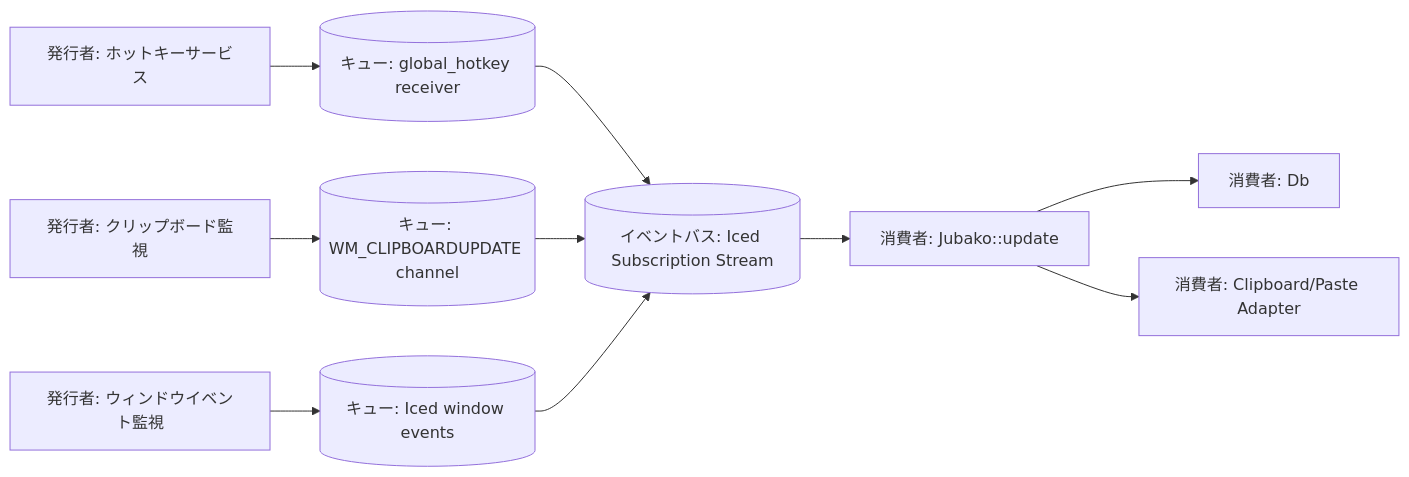
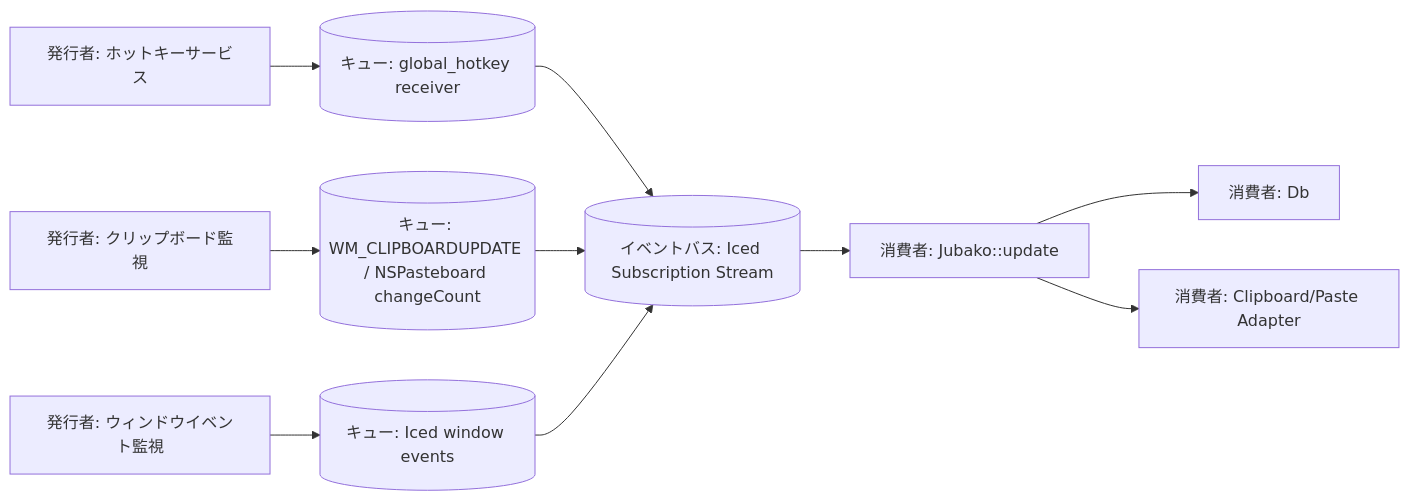
One commit to puuuii/Jubako changed the diagram in docs/architecture/04_behaviors/event-flows.md. Above: the diagram before and after it, drawn with Mermaid. The commit also changed other lines of this file and 25 other files, not shown here.

````diff
--- a/docs/architecture/04_behaviors/event-flows.md
+++ b/docs/architecture/04_behaviors/event-flows.md
@@ -9,23 +9,23 @@
 ```mermaid
 flowchart LR
     HotkeySvc[発行者: ホットキーサービス]
     ClipboardSvc[発行者: クリップボード監視]
     WindowSvc[発行者: ウィンドウイベント監視]
 
     HotkeyQ[(キュー: global_hotkey receiver)]
-    ClipboardQ[(キュー: WM_CLIPBOARDUPDATE channel)]
+    ClipboardQ[(キュー: WM_CLIPBOARDUPDATE / NSPasteboard changeCount)]
     WindowQ[(キュー: Iced window events)]
 
     EventBus[(イベントバス: Iced Subscription Stream)]
     Reducer[消費者: Jubako::update]
     Db[消費者: Db]
     ClipboardOut[消費者: Clipboard/Paste Adapter]
 
     HotkeySvc --> HotkeyQ --> EventBus
     ClipboardSvc --> ClipboardQ --> EventBus
     WindowSvc --> WindowQ --> EventBus
 
     EventBus --> Reducer
     Reducer --> Db
     Reducer --> ClipboardOut
 ```
````
